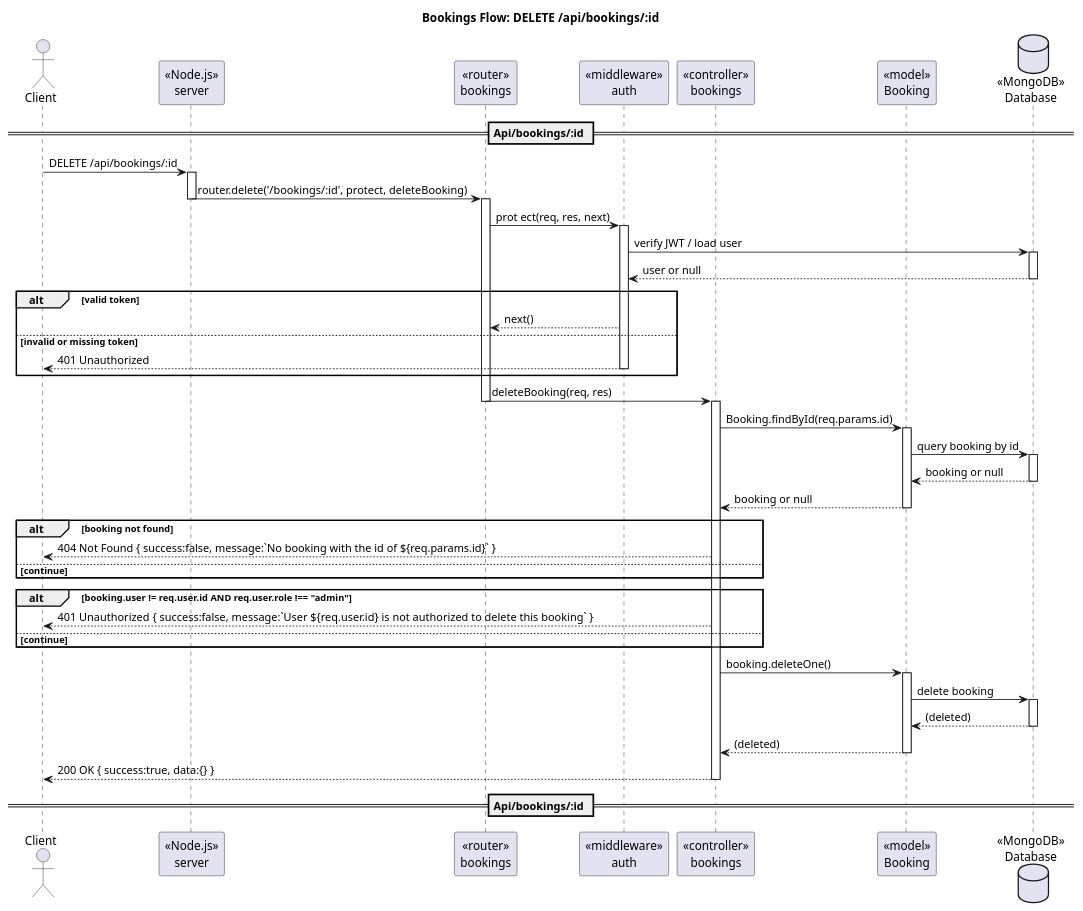
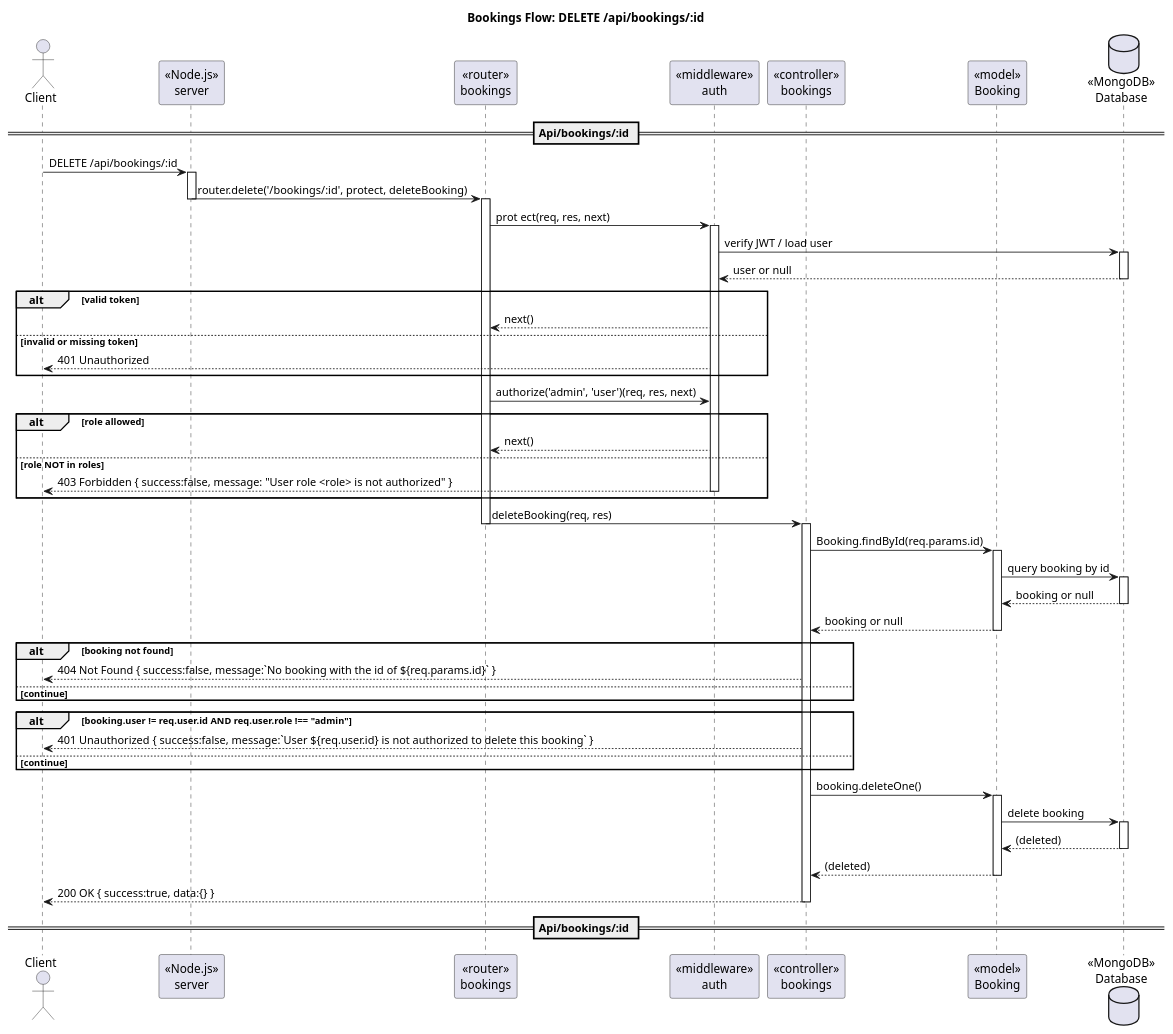
One commit to 098ff/ArtmaybeDEV changed the diagram in docs/diagram/sequence/seq_bookings_id_delete.puml. Above: the diagram before and after it, drawn with PlantUML. The commit also changed 10 other files, not shown here.

Commit message:
fix/update diagram

```diff
--- a/docs/diagram/sequence/seq_bookings_id_delete.puml
+++ b/docs/diagram/sequence/seq_bookings_id_delete.puml
@@ -1,75 +1,83 @@
 @startuml
 title Bookings Flow: DELETE /api/bookings/:id
 actor Client
 participant "«Node.js»\nserver" as Server
 participant "«router»\nbookings" as Router
 participant "«middleware»\nauth" as AuthMW
 participant "«controller»\nbookings" as Ctrl
 participant "«model»\nBooking" as BookingModel
 database "«MongoDB»\nDatabase" as DB
 
 == Api/bookings/:id ==
 Client -> Server : DELETE /api/bookings/:id
 activate Server
 Server -> Router : router.delete('/bookings/:id', protect, deleteBooking)
 deactivate Server
 activate Router
 
 Router -> AuthMW : prot ect(req, res, next)
 activate AuthMW
 AuthMW -> DB : verify JWT / load user
 activate DB
 DB --> AuthMW : user or null
 deactivate DB
 
 alt valid token
   AuthMW --> Router : next()
 else invalid or missing token
   AuthMW --> Client : 401 Unauthorized
+end
+
+Router -> AuthMW : authorize('admin', 'user')(req, res, next)
+
+alt role allowed
+  AuthMW --> Router : next()
+  deactivate Server
+else role NOT in roles
+  AuthMW --> Client : 403 Forbidden { success:false, message: "User role <role> is not authorized" }
   deactivate AuthMW
 end
-deactivate AuthMW
 
 Router -> Ctrl : deleteBooking(req, res)
 deactivate Router
 activate Ctrl
 
 Ctrl -> BookingModel : Booking.findById(req.params.id)
 activate BookingModel
 BookingModel -> DB : query booking by id
 activate DB
 DB --> BookingModel : booking or null
 deactivate DB
 BookingModel --> Ctrl : booking or null
 deactivate BookingModel
 
 alt booking not found
   Ctrl --> Client : 404 Not Found { success:false, message:`No booking with the id of ${req.params.id}` }
   deactivate Router
   deactivate Server
 else continue
 end
 
 alt booking.user != req.user.id AND req.user.role !== "admin"
   Ctrl --> Client : 401 Unauthorized { success:false, message:`User ${req.user.id} is not authorized to delete this booking` }
   deactivate Router
   deactivate Server
 else continue
 end
 
 Ctrl -> BookingModel : booking.deleteOne()
 activate BookingModel
 BookingModel -> DB : delete booking
 activate DB
 DB --> BookingModel : (deleted)
 deactivate DB
 BookingModel --> Ctrl : (deleted)
 deactivate BookingModel
 
 Ctrl --> Client : 200 OK { success:true, data:{} }
 
 deactivate Ctrl
 deactivate Router
 deactivate Server
 == Api/bookings/:id ==
 @enduml
```
